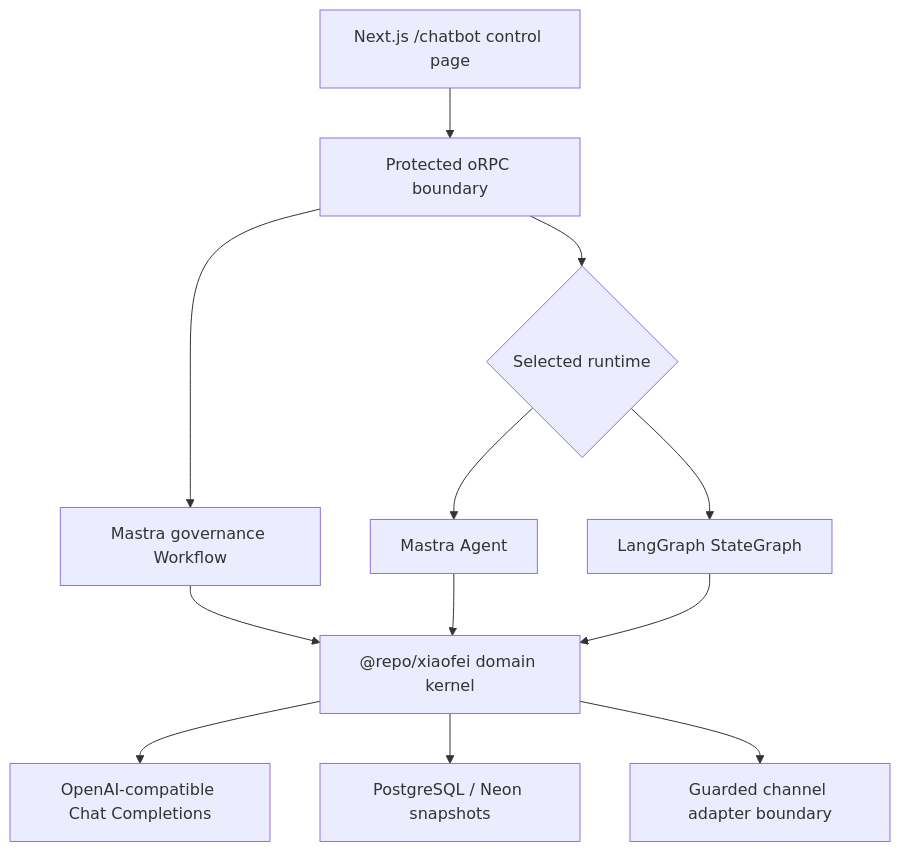
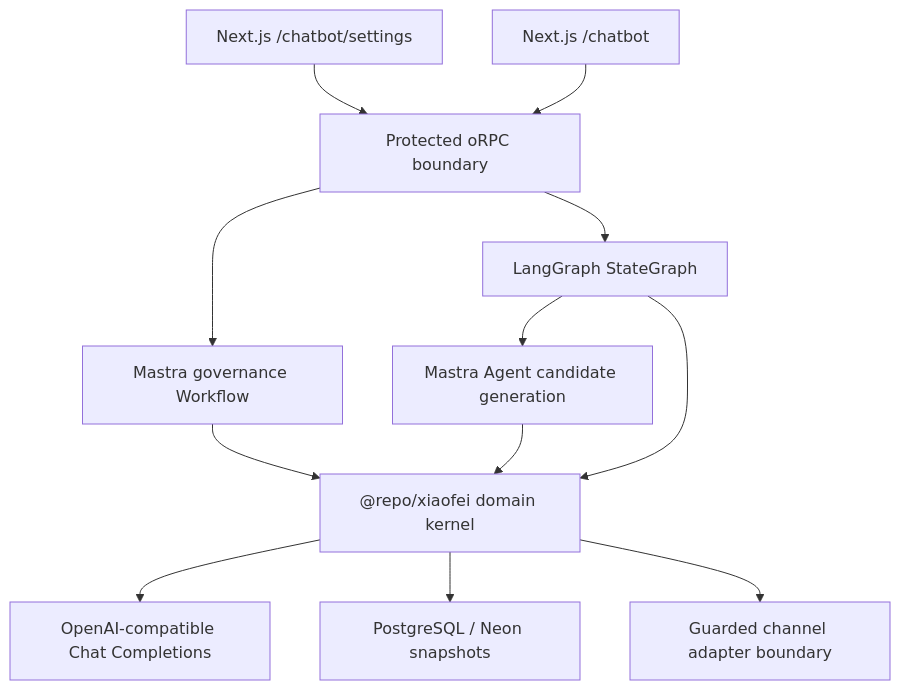
Before and after one commit to pjxkqc/xiaofei: the diagram in README.md, drawn with Mermaid. The commit also changed other lines of this file and 25 other files, not shown here.

Commit message:
refactor: unify agent runtime and split settings

````diff
--- a/README.md
+++ b/README.md
@@ -31,14 +33,14 @@
 ```mermaid
 flowchart TD
-  UI["Next.js /chatbot control page"] --> API["Protected oRPC boundary"]
+  SETTINGS["Next.js /chatbot/settings"] --> API["Protected oRPC boundary"]
+  CHAT["Next.js /chatbot"] --> API
   API --> GOVERN["Mastra governance Workflow"]
-  API --> RUNTIME{"Selected runtime"}
-  RUNTIME --> MASTRA["Mastra Agent"]
-  RUNTIME --> LANGGRAPH["LangGraph StateGraph"]
+  API --> LANGGRAPH["LangGraph StateGraph"]
+  LANGGRAPH --> MASTRA["Mastra Agent candidate generation"]
   GOVERN --> DOMAIN["@repo/xiaofei domain kernel"]
   MASTRA --> DOMAIN
   LANGGRAPH --> DOMAIN
   DOMAIN --> MODEL["OpenAI-compatible Chat Completions"]
   DOMAIN --> DB["PostgreSQL / Neon snapshots"]
   DOMAIN --> SEND["Guarded channel adapter boundary"]
 ```
````
